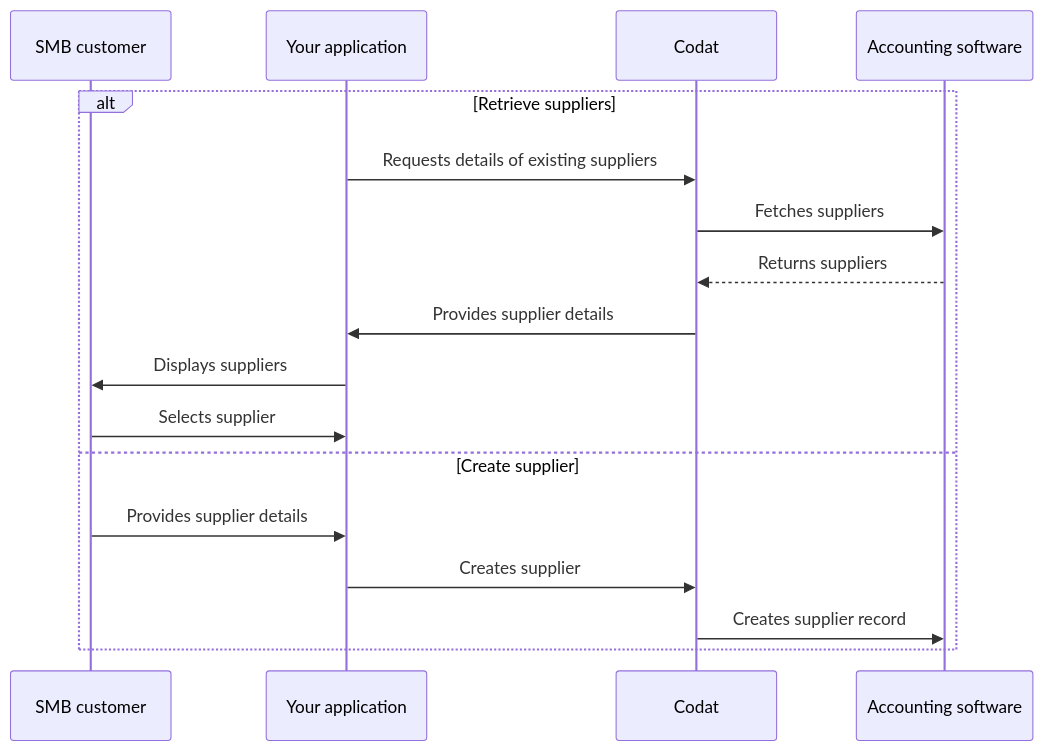
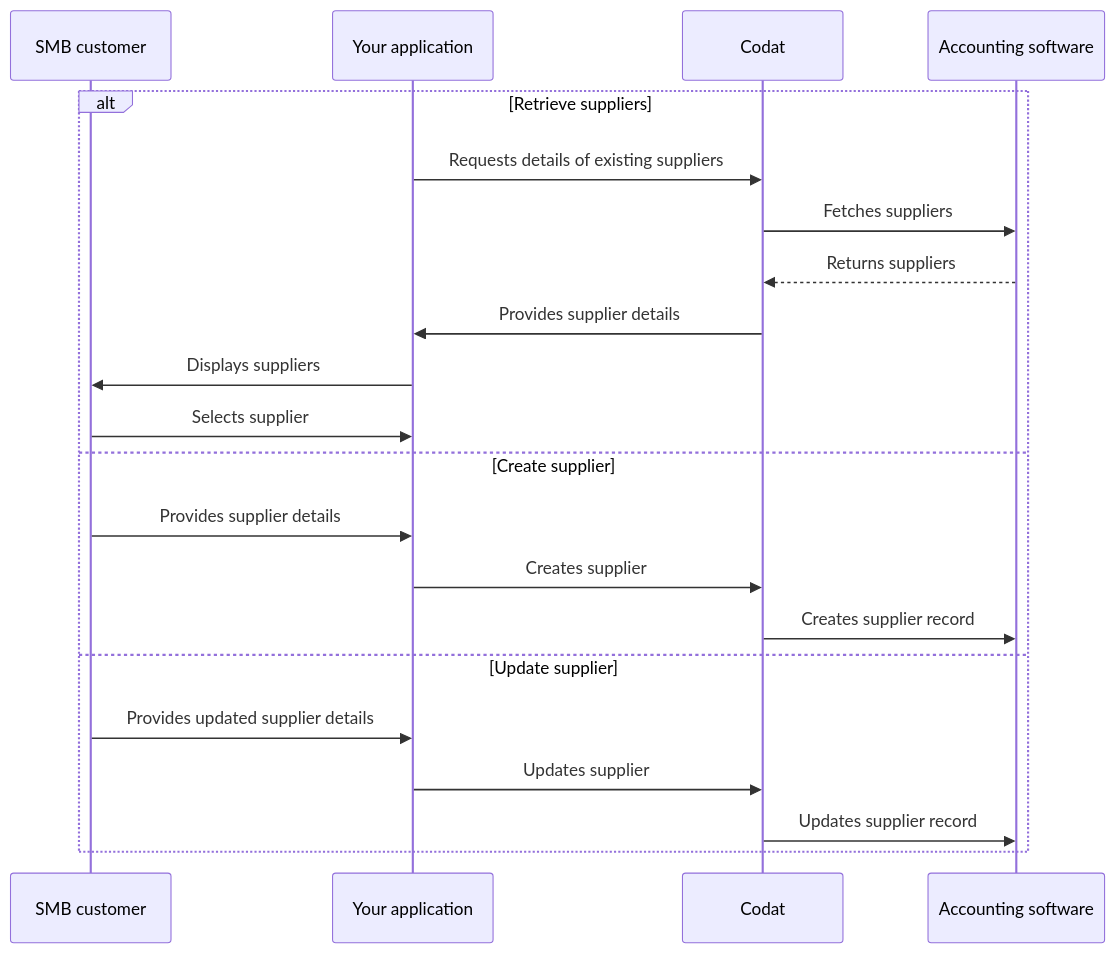
One commit to codatio/codat-docs changed the diagram in docs/payables/sync/suppliers.md. Above: the diagram before and after it, drawn with Mermaid. The commit also changed other lines of this file and 7 other files, not shown here.

````diff
--- a/docs/payables/sync/suppliers.md
+++ b/docs/payables/sync/suppliers.md
@@ -21,21 +21,25 @@
 ```mermaid
 
   sequenceDiagram
       participant smb as SMB customer
       participant app as Your application
       participant codat as Codat
       participant acctg as Accounting software
 
       alt Retrieve suppliers
         app ->> codat: Requests details of existing suppliers
         codat ->> acctg: Fetches suppliers
         acctg -->> codat: Returns suppliers
         codat ->> app: Provides supplier details
         app ->> smb: Displays suppliers
         smb ->> app: Selects supplier
       else Create supplier
         smb ->> app: Provides supplier details
         app ->> codat: Creates supplier
         codat ->> acctg: Creates supplier record
+      else Update supplier
+        smb ->> app: Provides updated supplier details
+        app ->> codat: Updates supplier
+        codat ->> acctg: Updates supplier record
       end
 ```
````
